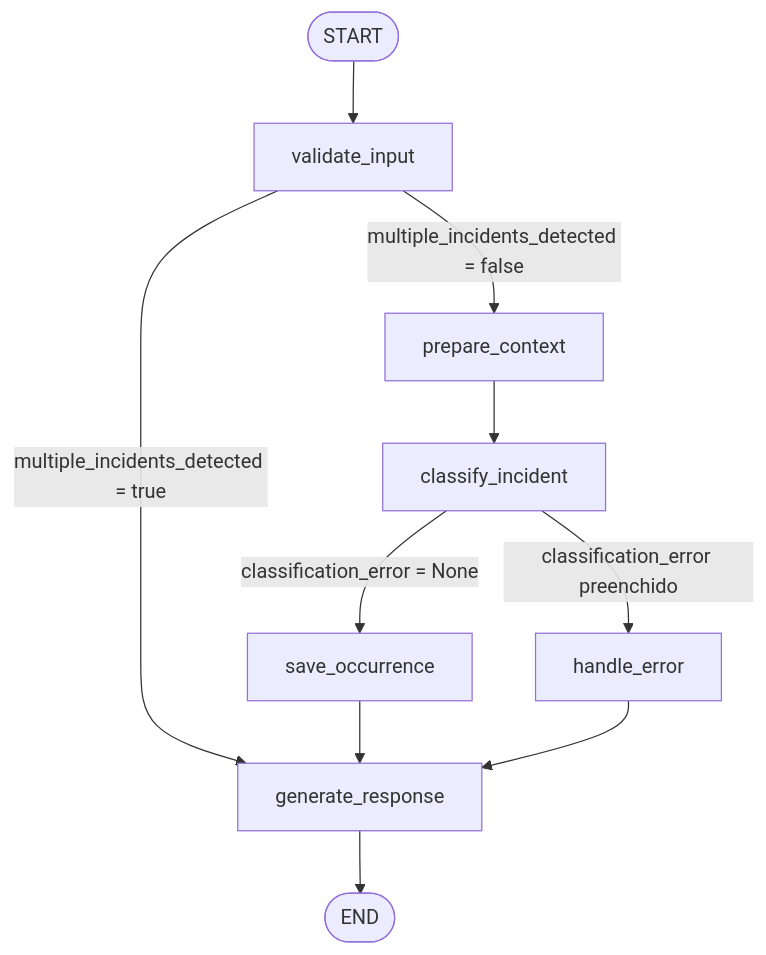
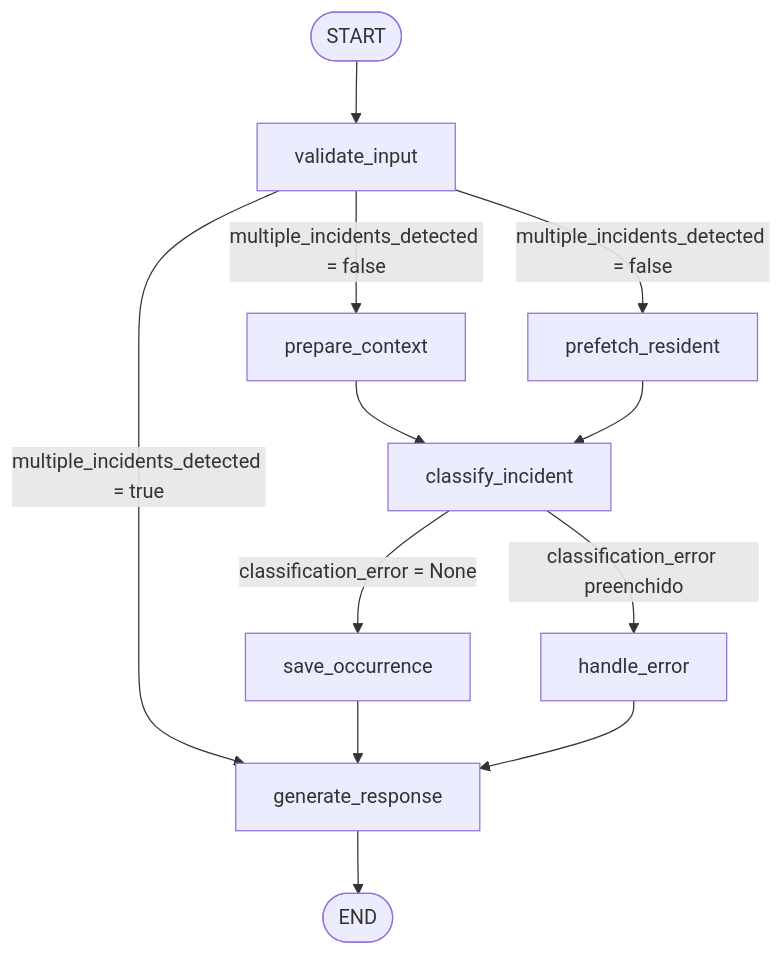
One commit to MineiaMaschio/incident-classification-agent changed the diagram in README.md. Above: the diagram before and after it, drawn with Mermaid. The commit also changed other lines of this file and 6 other files, not shown here.

Commit message:
feat: add parallel fan-out/fan-in with prefetch_resident node

````diff
--- a/README.md
+++ b/README.md
@@ -66,17 +67,19 @@
 ```mermaid
 graph TD
     A([START]) --> B[validate_input]
 
     B -->|multiple_incidents_detected = false| C[prepare_context]
+    B -->|multiple_incidents_detected = false| P[prefetch_resident]
     B -->|multiple_incidents_detected = true| F[generate_response]
 
     C --> D[classify_incident]
+    P --> D[classify_incident]
 
     D -->|classification_error = None| E[save_occurrence]
     D -->|classification_error preenchido| G[handle_error]
 
     E --> F[generate_response]
     G --> F[generate_response]
 
     F --> H([END])
 ```
````
